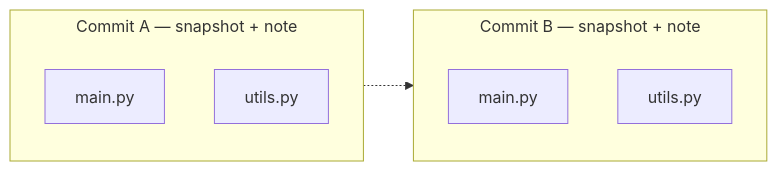
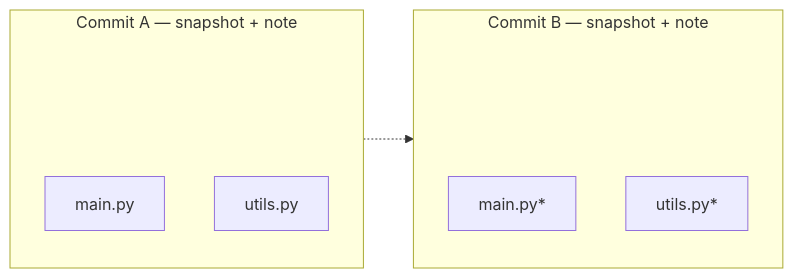
The second of 16 diagrams in Contents/S02-20261030-Git/Slides.md (Ackii-Lo/2627-weekly-session), drawn with Mermaid before and after one commit. The commit also changed other lines of this file and 2 other files, not shown here.

````diff
--- a/Contents/S02-20261030-Git/Slides.md
+++ b/Contents/S02-20261030-Git/Slides.md
@@ -277,13 +277,21 @@
 ```mermaid
-%%{init: {"flowchart": {"subGraphTitleMargin": {"top": 4, "bottom": 18}}}}%%
 graph LR
   subgraph CA["Commit A — snapshot + note"]
+    direction TB
+    PA["#8203;"]:::pad
     F1["main.py"]
     F2["utils.py"]
+    PA ~~~ F1
+    PA ~~~ F2
   end
   subgraph CB["Commit B — snapshot + note"]
-    G1["main.py"]
-    G2["utils.py"]
+    direction TB
+    PB["#8203;"]:::pad
+    G1["main.py*"]
+    G2["utils.py*"]
+    PB ~~~ G1
+    PB ~~~ G2
   end
   CA -.-> CB
+  classDef pad fill:none,stroke:none,color:none
 ```
````
